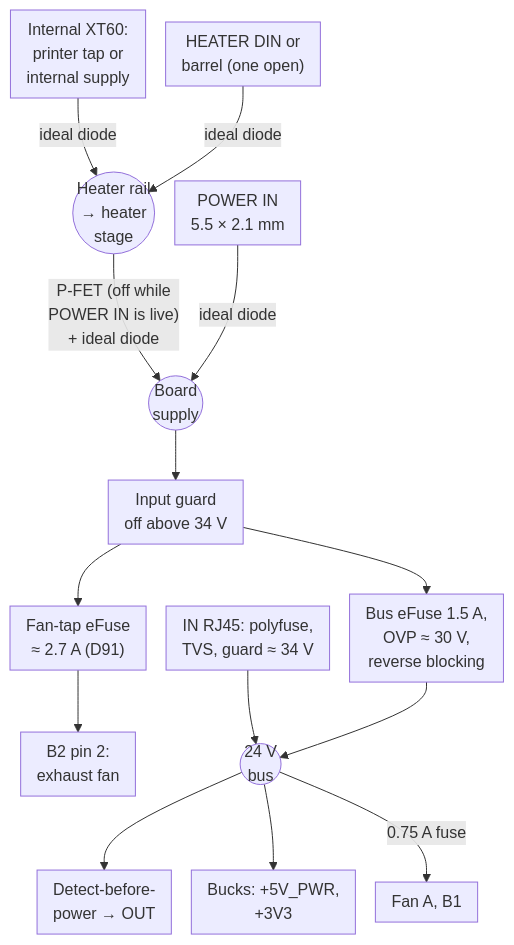
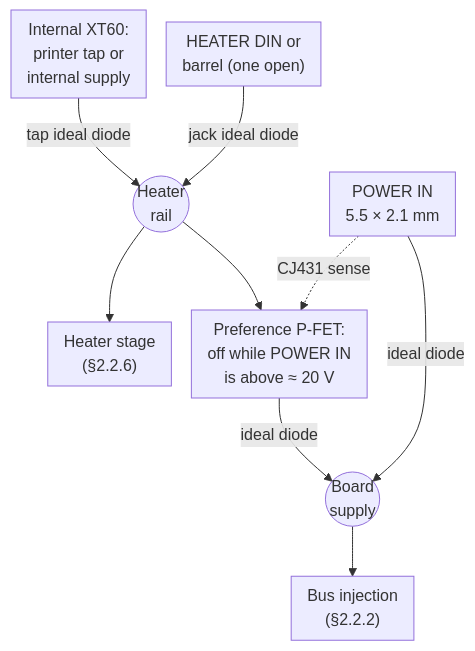
The second of 10 diagrams in docs/02_hardware_specification.md (BashfulBits/3dp-fleet-exhaust), drawn with Mermaid before and after one commit. The commit also changed other lines of this file, not shown here.

First line of the commit message:
Doc 02 §2.2: block diagrams and functional descriptions

````diff
--- a/docs/02_hardware_specification.md
+++ b/docs/02_hardware_specification.md
@@ -57,20 +99,12 @@
 ```mermaid
 %%{init: {'flowchart': {'nodeSpacing': 20, 'padding': 8}}}%%
 flowchart TB
-  XT["Internal XT60:<br>printer tap or<br>internal supply"]
-  HJ["HEATER DIN or<br>barrel (one open)"]
-  PIN["POWER IN<br>5.5 × 2.1 mm"]
-  XT -->|"ideal diode"| HR(("Heater rail<br>→ heater<br>stage"))
-  HJ -->|"ideal diode"| HR
-  HR -->|"P-FET (off while<br>POWER IN is live)<br>+ ideal diode"| SUP(("Board<br>supply"))
-  PIN -->|"ideal diode"| SUP
-  SUP --> GD["Input guard<br>off above 34 V"]
-  GD --> EF["Bus eFuse 1.5 A,<br>OVP ≈ 30 V,<br>reverse blocking"]
-  GD --> TE["Fan-tap eFuse<br>≈ 2.7 A (D91)"]
-  TE --> B2P["B2 pin 2:<br>exhaust fan"]
-  PROT["IN RJ45: polyfuse,<br>TVS, guard ≈ 34 V"] --> BUS(("24 V<br>bus"))
-  EF --> BUS
-  BUS --> OUTS["Detect-before-<br>power → OUT"]
-  BUS --> BK["Bucks: +5V_PWR,<br>+3V3"]
-  BUS -->|"0.75 A fuse"| FP["Fan A, B1"]
+  XT["Internal XT60:<br>printer tap or<br>internal supply"] -->|"tap ideal diode"| HR(("Heater<br>rail"))
+  HJ["HEATER DIN or<br>barrel (one open)"] -->|"jack ideal diode"| HR
+  HR --> HS["Heater stage<br>(§2.2.6)"]
+  HR --> PF["Preference P-FET:<br>off while POWER IN<br>is above ≈ 20 V"]
+  PF -->|"ideal diode"| SUP(("Board<br>supply"))
+  PIN["POWER IN<br>5.5 × 2.1 mm"] -->|"ideal diode"| SUP
+  PIN -.->|"CJ431 sense"| PF
+  SUP --> NX["Bus injection<br>(§2.2.2)"]
 ```
````
